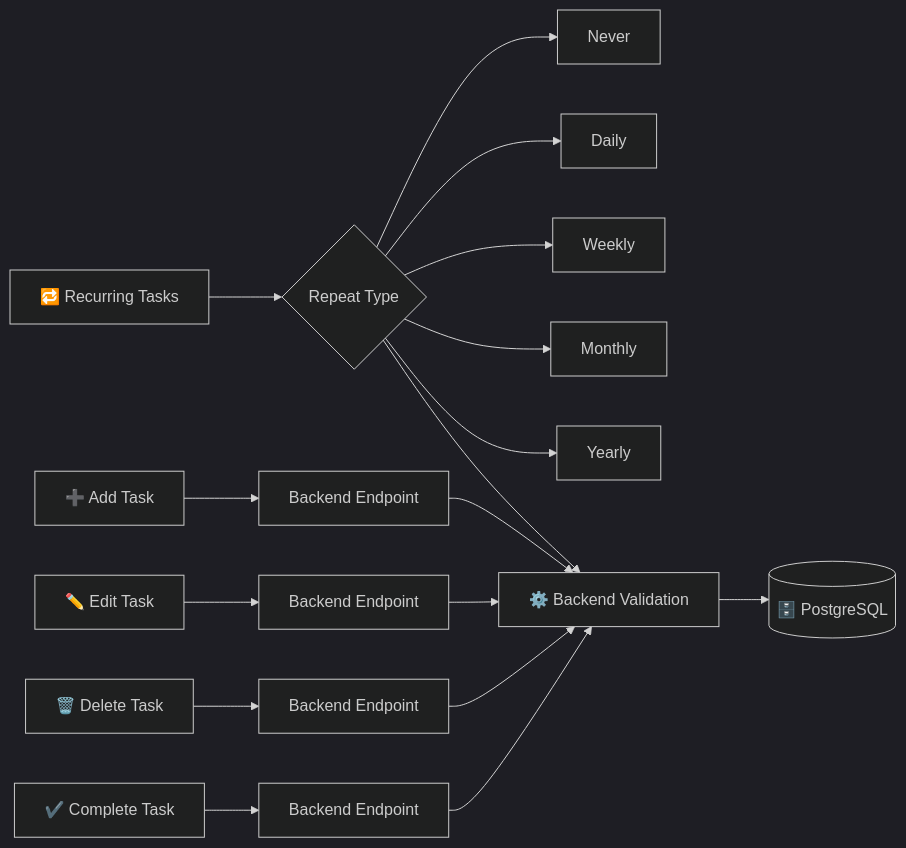
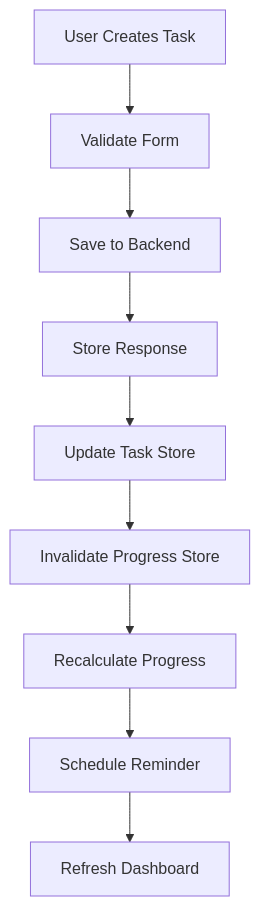
The fifth of 14 diagrams in README.md (Pragatees/life-os-refined), drawn with Mermaid before and after one commit. The commit also changed other lines of this file, not shown here.

````diff
--- a/README.md
+++ b/README.md
@@ -160,17 +292,11 @@
 ```mermaid
-%%{init: {'theme':'dark'}}%%
-flowchart LR
-    ADD[➕ Add Task] --> API1[Backend Endpoint]
-    EDIT[✏️ Edit Task] --> API2[Backend Endpoint]
-    DEL[🗑️ Delete Task] --> API3[Backend Endpoint]
-    DONE[✔️ Complete Task] --> API4[Backend Endpoint]
-    REC[🔁 Recurring Tasks] --> RTYPE{Repeat Type}
-    RTYPE --> NEVER[Never]
-    RTYPE --> DAILY[Daily]
-    RTYPE --> WEEKLY[Weekly]
-    RTYPE --> MONTHLY[Monthly]
-    RTYPE --> YEARLY[Yearly]
-
-    API1 & API2 & API3 & API4 & RTYPE --> VAL[⚙️ Backend Validation]
-    VAL --> DB[(🗄️ PostgreSQL)]
+flowchart TD
+    A[User Creates Task] --> B[Validate Form]
+    B --> C[Save to Backend]
+    C --> D[Store Response]
+    D --> E[Update Task Store]
+    E --> F[Invalidate Progress Store]
+    F --> G[Recalculate Progress]
+    G --> H[Schedule Reminder]
+    H --> I[Refresh Dashboard]
 ```
````
